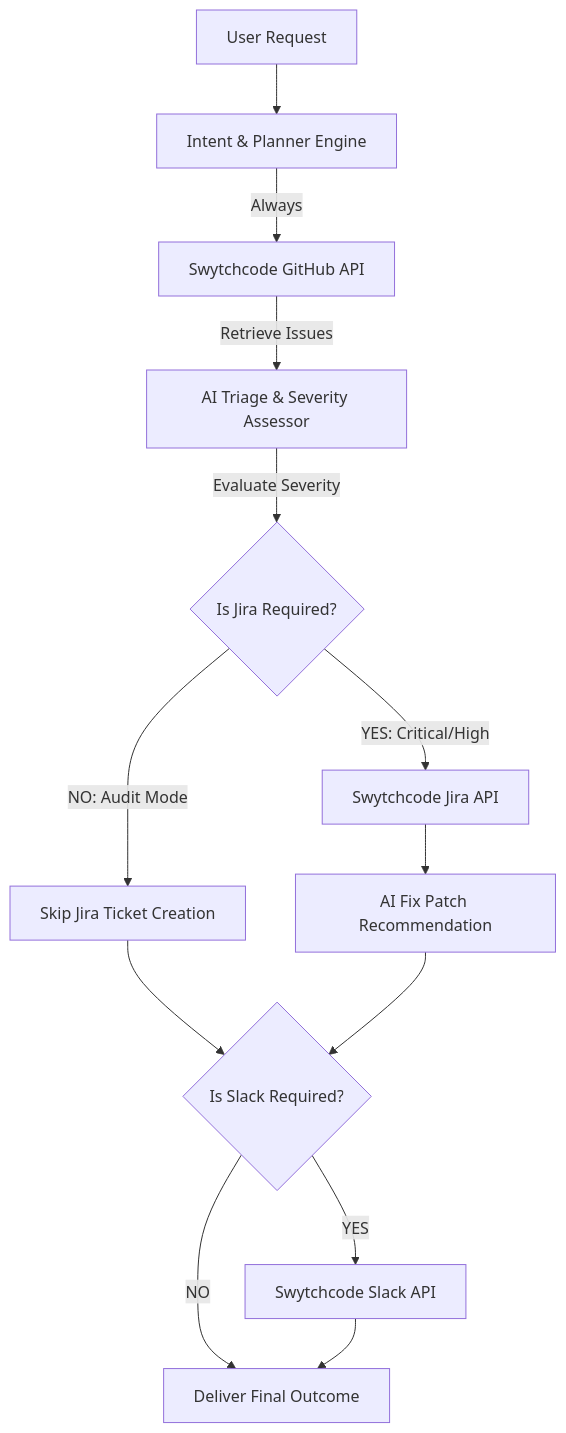
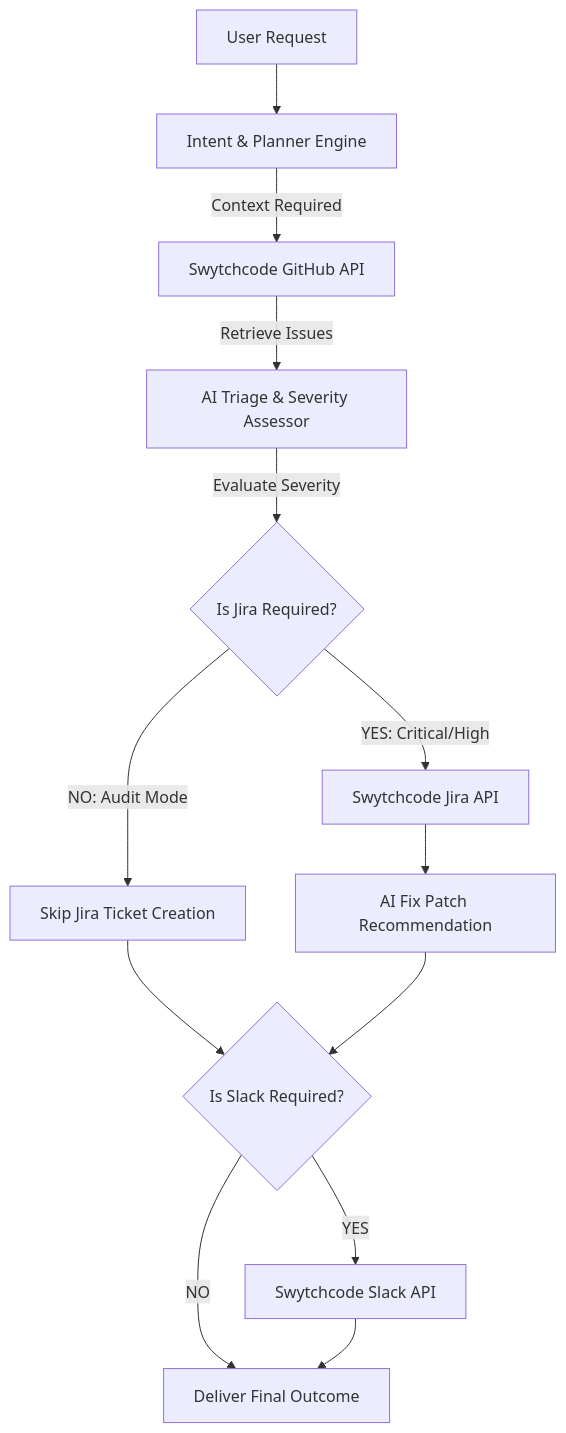
Before and after one commit to kumarakshu/SwytchDev-AI-Agent: the diagram in README.md, drawn with Mermaid. The commit also changed other lines of this file and 7 other files, not shown here.

````diff
--- a/README.md
+++ b/README.md
@@ -37,15 +47,15 @@
 ```mermaid
 graph TD
     A[User Request] --> B[Intent & Planner Engine]
-    B -->|Always| C[Swytchcode GitHub API]
+    B -->|Context Required| C[Swytchcode GitHub API]
     C -->|Retrieve Issues| D[AI Triage & Severity Assessor]
     D -->|Evaluate Severity| E{Is Jira Required?}
     E -->|YES: Critical/High| F[Swytchcode Jira API]
     E -->|NO: Audit Mode| G[Skip Jira Ticket Creation]
     F --> H[AI Fix Patch Recommendation]
     G --> I{Is Slack Required?}
     H --> I
     I -->|YES| J[Swytchcode Slack API]
     I -->|NO| K[Deliver Final Outcome]
     J --> K
 ```
````
